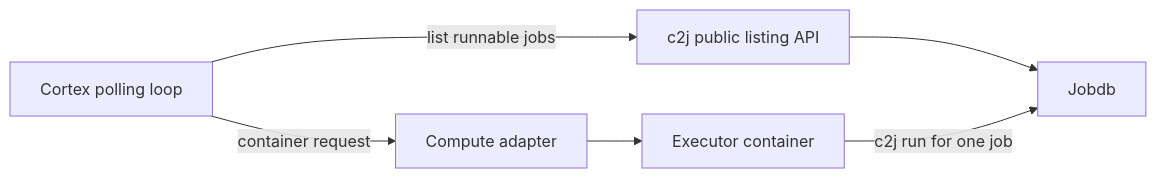
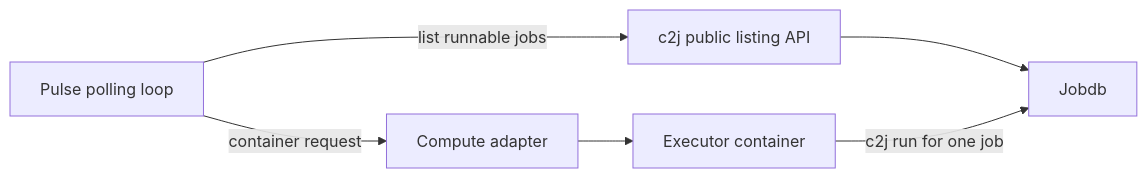
The first of 2 diagrams in DESIGN.md (colony-2/pulse), drawn with Mermaid before and after one commit. The commit also changed other lines of this file and 64 other files, not shown here.

Commit message:
refactor: rename Cortex to Pulse

````diff
--- a/DESIGN.md
+++ b/DESIGN.md
@@ -29,8 +29,8 @@
 ```mermaid
 flowchart LR
-    C[Cortex polling loop] -->|list runnable jobs| L[c2j public listing API]
+    C[Pulse polling loop] -->|list runnable jobs| L[c2j public listing API]
     L --> J[Jobdb]
     C -->|container request| P[Compute adapter]
     P --> E[Executor container]
     E -->|c2j run for one job| J
 ```
````
